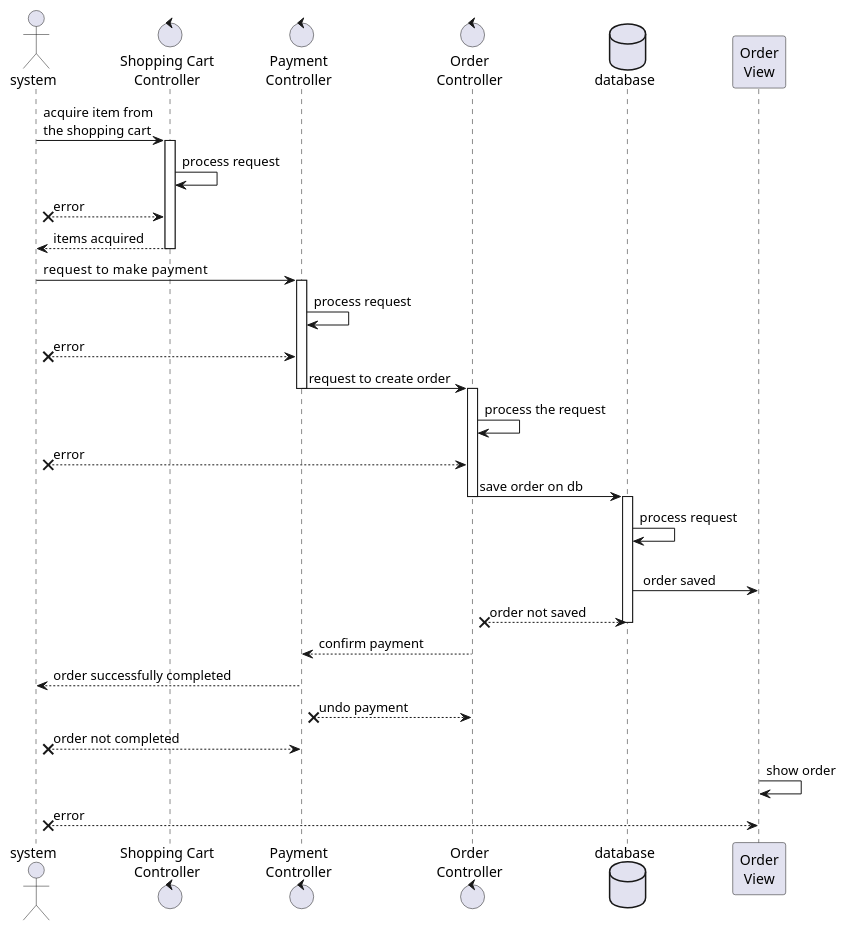
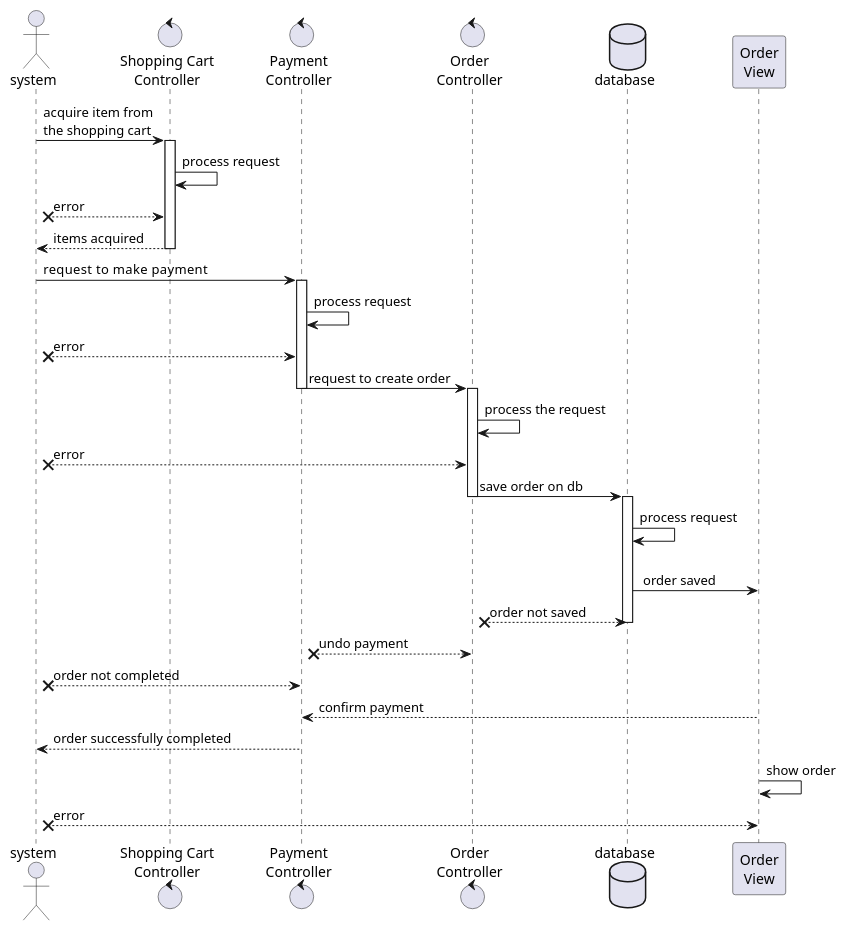
Before and after one commit to TommasoScalici/FoodDelivery: the diagram in src/main/java/unipa/fooddelivery/diagrams/sequence/system/orderProcessing.wsd, drawn with PlantUML. The commit also changed 1 other file, not shown here.

Commit message:
fix sequence diagram for reservation and order processing

```diff
--- a/src/main/java/unipa/fooddelivery/diagrams/sequence/system/orderProcessing.wsd
+++ b/src/main/java/unipa/fooddelivery/diagrams/sequence/system/orderProcessing.wsd
@@ -1,46 +1,46 @@
 @startuml orderProcessing
 
 actor system
 control "Shopping Cart\nController" as shopController
 control "Payment\nController" as paymentController
 control "Order\nController" as orderController
 Database database as db
 participant "Order\nView" as orderView
 
 system -> shopController: acquire item from\nthe shopping cart
 
 activate shopController
 shopController -> shopController: process request
 system x-- shopController: error
 system <-- shopController: items acquired
 deactivate shopController
 
 system -> paymentController: request to make   payment
 
 activate paymentController
 paymentController -> paymentController: process request
 system x-- paymentController: error
 paymentController -> orderController: request to create order
 deactivate paymentController
 
 activate orderController
 orderController -> orderController: process the request
 system x-- orderController: error
 orderController -> db: save order on db
 deactivate orderController
 
 activate db
 db -> db : process request
 db -> orderView : \n order saved
 
 orderController x-- db : order not saved
 deactivate db
 
-paymentController <-- orderController : confirm payment
-system <-- paymentController : order successfully completed
 paymentController x-- orderController : undo payment
 system x-- paymentController : order not completed
+paymentController <-- orderView : confirm payment
+system <-- paymentController : order successfully completed
 orderView -> orderView : show order
 system x-- orderView : error
 
 @enduml 
```
